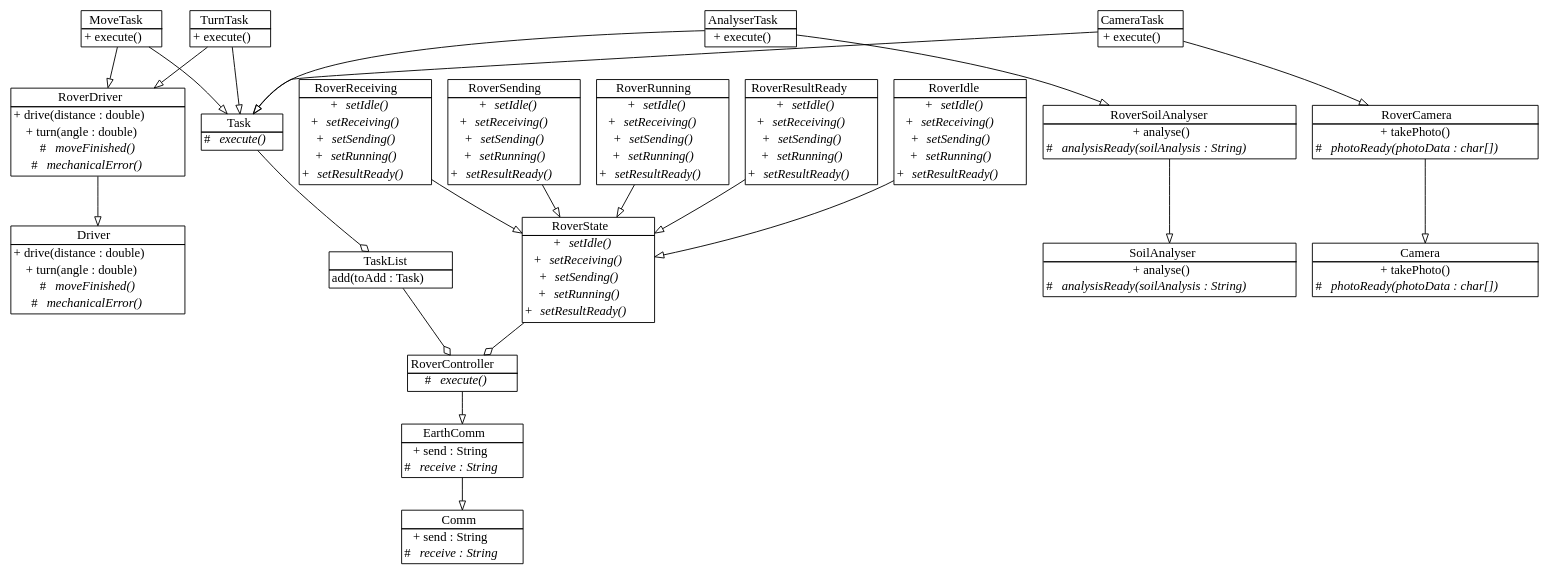
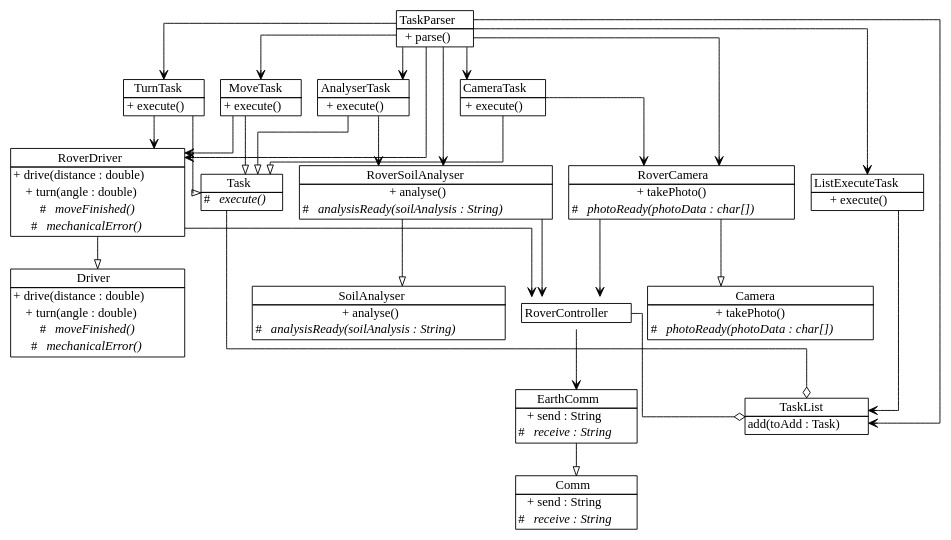
One commit to LuminousMonkey/SE200-Assignment-2014-S2 changed the diagram in doc/assignment.dot. Above: the diagram before and after it, drawn with Graphviz. The commit also changed 12 other files, not shown here.

Commit message:
Updated UML, still work in progress. Unit tests pass.

```diff
--- a/doc/assignment.dot
+++ b/doc/assignment.dot
@@ -1,6 +1,7 @@
 digraph G {
-        fontname = "Concourse T7"
-        fontsize = 13
+        fontname = "Concourse T7";
+        fontsize = 13;
+        splines = ortho;
 
         node [
              shape = "plaintext";
@@ -14,15 +15,6 @@
                              <tr><td>+ send : String</td></tr>
                              <tr><td># <i>receive : String</i></td></tr>
                       </table>>
-        ]
-
-        EarthComm [
-                label = <<table border="1" cellborder="0" cellspacing="0">
-                                <tr><td>EarthComm</td></tr>
-                                <hr/>
-                                <tr><td>+ send : String</td></tr>
-                                <tr><td># <i>receive : String</i></td></tr>
-                         </table>>
         ]
 
         Driver [
@@ -55,6 +47,15 @@
                                <tr><td># <i>photoReady(photoData : char[])</i></td></tr>
                         </table>>
 
+        ]
+
+        RoverComm [
+                label = <<table border="1" cellborder="0" cellspacing="0">
+                                <tr><td>EarthComm</td></tr>
+                                <hr/>
+                                <tr><td>+ send : String</td></tr>
+                                <tr><td># <i>receive : String</i></td></tr>
+                         </table>>
         ]
 
         RoverDriver [
@@ -108,15 +109,6 @@
         ]
 
 
-        RoverController [
-               label = <<table border="1" cellborder="0" cellspacing="0">
-                               <tr><td>RoverController</td></tr>
-                               <hr/>
-                               <tr><td># <i>execute()</i></td></tr>
-                        </table>>
-
-        ]
-
         MoveTask [
                label = <<table border="1" cellborder="0" cellspacing="0">
                                <tr><td>MoveTask</td></tr>
@@ -153,85 +145,33 @@
 
         ]
 
-        RoverState [
+        ListExecuteTask [
                label = <<table border="1" cellborder="0" cellspacing="0">
-                               <tr><td>RoverState</td></tr>
+                               <tr><td>ListExecuteTask</td></tr>
                                <hr/>
-                               <tr><td>+ <i>setIdle()</i></td></tr>
-                               <tr><td>+ <i>setReceiving()</i></td></tr>
-                               <tr><td>+ <i>setSending()</i></td></tr>
-                               <tr><td>+ <i>setRunning()</i></td></tr>
-                               <tr><td>+ <i>setResultReady()</i></td></tr>
-                        </table>>
-        ]
-
-        RoverIdle [
-               label = <<table border="1" cellborder="0" cellspacing="0">
-                               <tr><td>RoverIdle</td></tr>
-                               <hr/>
-                               <tr><td>+ <i>setIdle()</i></td></tr>
-                               <tr><td>+ <i>setReceiving()</i></td></tr>
-                               <tr><td>+ <i>setSending()</i></td></tr>
-                               <tr><td>+ <i>setRunning()</i></td></tr>
-                               <tr><td>+ <i>setResultReady()</i></td></tr>
+                               <tr><td>+ execute()</td></tr>
                         </table>>
 
         ]
 
-        RoverReceiving [
+        TaskParser [
                label = <<table border="1" cellborder="0" cellspacing="0">
-                               <tr><td>RoverReceiving</td></tr>
+                               <tr><td>TaskParser</td></tr>
                                <hr/>
-                               <tr><td>+ <i>setIdle()</i></td></tr>
-                               <tr><td>+ <i>setReceiving()</i></td></tr>
-                               <tr><td>+ <i>setSending()</i></td></tr>
-                               <tr><td>+ <i>setRunning()</i></td></tr>
-                               <tr><td>+ <i>setResultReady()</i></td></tr>
+                               <tr><td>+ parse()</td></tr>
                         </table>>
 
         ]
 
-        RoverSending [
+        RoverController [
                label = <<table border="1" cellborder="0" cellspacing="0">
-                               <tr><td>RoverSending</td></tr>
-                               <hr/>
-                               <tr><td>+ <i>setIdle()</i></td></tr>
-                               <tr><td>+ <i>setReceiving()</i></td></tr>
-                               <tr><td>+ <i>setSending()</i></td></tr>
-                               <tr><td>+ <i>setRunning()</i></td></tr>
-                               <tr><td>+ <i>setResultReady()</i></td></tr>
-                        </table>>
-
-        ]
-
-        RoverRunning [
-               label = <<table border="1" cellborder="0" cellspacing="0">
-                               <tr><td>RoverRunning</td></tr>
-                               <hr/>
-                               <tr><td>+ <i>setIdle()</i></td></tr>
-                               <tr><td>+ <i>setReceiving()</i></td></tr>
-                               <tr><td>+ <i>setSending()</i></td></tr>
-                               <tr><td>+ <i>setRunning()</i></td></tr>
-                               <tr><td>+ <i>setResultReady()</i></td></tr>
-                        </table>>
-
-        ]
-
-        RoverResultReady [
-               label = <<table border="1" cellborder="0" cellspacing="0">
-                               <tr><td>RoverResultReady</td></tr>
-                               <hr/>
-                               <tr><td>+ <i>setIdle()</i></td></tr>
-                               <tr><td>+ <i>setReceiving()</i></td></tr>
-                               <tr><td>+ <i>setSending()</i></td></tr>
-                               <tr><td>+ <i>setRunning()</i></td></tr>
-                               <tr><td>+ <i>setResultReady()</i></td></tr>
+                               <tr><td>RoverController</td></tr>
                         </table>>
 
         ]
 
         edge [ arrowhead = "empty" ];
-        EarthComm -> Comm;
+        RoverComm -> Comm;
         RoverDriver -> Driver;
         RoverSoilAnalyser -> SoilAnalyser;
         RoverCamera -> Camera;
@@ -241,21 +181,32 @@
         AnalyserTask -> Task;
         CameraTask -> Task;
 
+        edge [ arrowhead = "odiamond" ];
+        Task -> TaskList;
+        RoverController -> TaskList;
+
+        edge [ arrowhead = "vee" ];
         MoveTask -> RoverDriver;
         TurnTask -> RoverDriver;
         AnalyserTask -> RoverSoilAnalyser;
         CameraTask -> RoverCamera;
 
-        RoverController -> EarthComm;
+        TaskParser -> MoveTask;
+        TaskParser -> TurnTask;
+        TaskParser -> AnalyserTask;
+        TaskParser -> CameraTask;
+        TaskParser -> ListExecuteTask;
 
-        RoverIdle -> RoverState;
-        RoverReceiving -> RoverState;
-        RoverSending -> RoverState;
-        RoverRunning -> RoverState;
-        RoverResultReady -> RoverState;
+        TaskParser -> RoverDriver;
+        TaskParser -> RoverSoilAnalyser;
+        TaskParser -> RoverCamera;
+        TaskParser -> TaskList;
 
-        edge [ arrowhead = "odiamond" ];
-        Task -> TaskList;
-        TaskList -> RoverController;
-        RoverState -> RoverController;
+        RoverController -> RoverComm;
+
+        RoverDriver -> RoverController;
+        RoverSoilAnalyser -> RoverController;
+        RoverCamera -> RoverController;
+
+        ListExecuteTask -> TaskList;
 }
```
